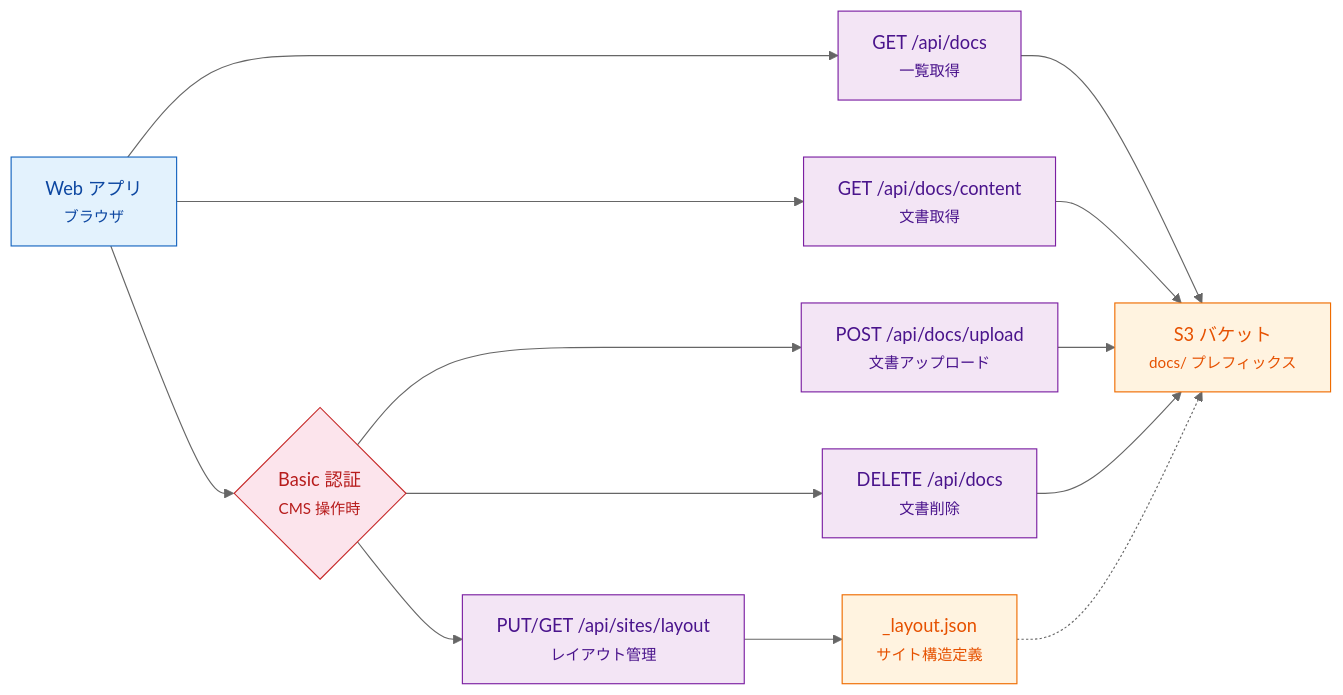
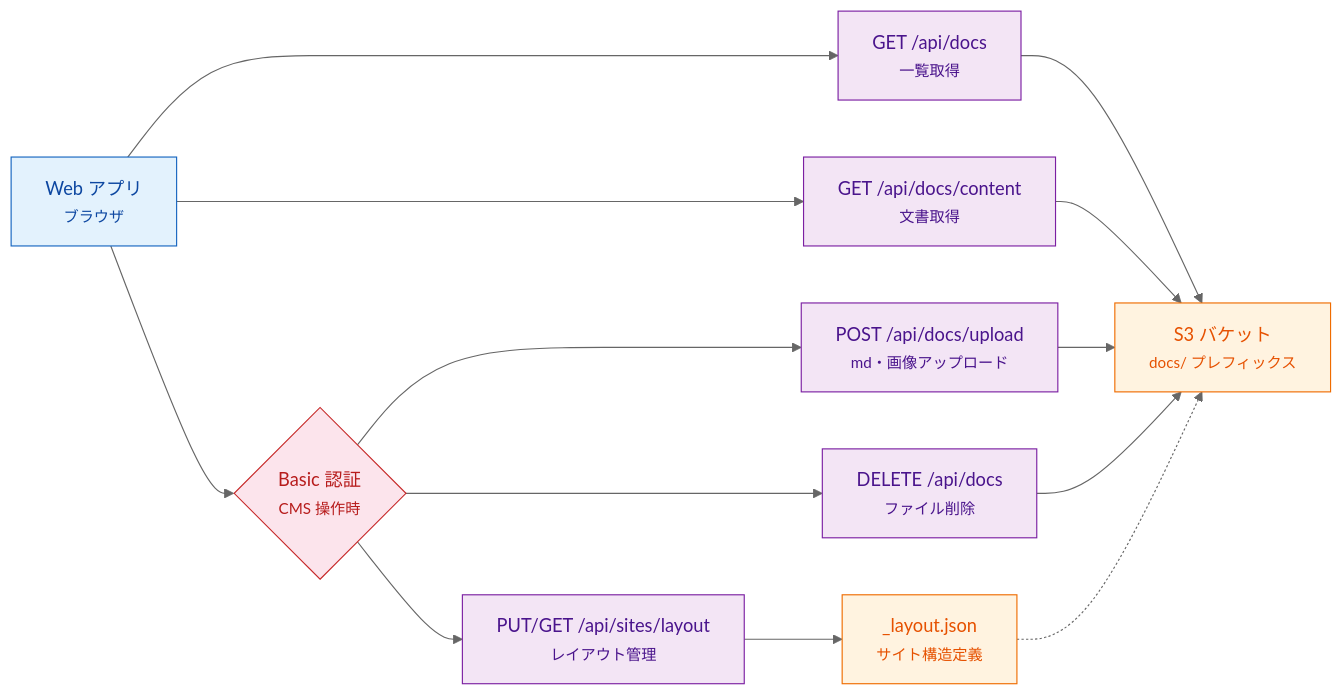
Before and after one commit to anytime-trial/anytime-markdown-docs: the third of 4 diagrams in spec/infrastructure.md, drawn with Mermaid (neutral theme). The commit also changed other lines of this file and 2 other files, not shown here.

````diff
--- a/spec/infrastructure.md
+++ b/spec/infrastructure.md
@@ -116,38 +127,38 @@
 ```mermaid
 flowchart LR
     %% スタイル定義
     classDef client fill:#e3f2fd,stroke:#1565c0,color:#0d47a1
     classDef api fill:#f3e5f5,stroke:#7b1fa2,color:#4a148c
     classDef storage fill:#fff3e0,stroke:#ef6c00,color:#e65100
     classDef auth fill:#fce4ec,stroke:#c62828,color:#b71c1c
 
     %% ノード定義
     WebApp["Web アプリ<br/><small>ブラウザ</small>"]
     BasicAuth{"Basic 認証<br/><small>CMS 操作時</small>"}
 
     ListAPI["GET /api/docs<br/><small>一覧取得</small>"]
     ReadAPI["GET /api/docs/content<br/><small>文書取得</small>"]
-    UploadAPI["POST /api/docs/upload<br/><small>文書アップロード</small>"]
-    DeleteAPI["DELETE /api/docs<br/><small>文書削除</small>"]
+    UploadAPI["POST /api/docs/upload<br/><small>md・画像アップロード</small>"]
+    DeleteAPI["DELETE /api/docs<br/><small>ファイル削除</small>"]
     LayoutAPI["PUT/GET /api/sites/layout<br/><small>レイアウト管理</small>"]
 
     Bucket["S3 バケット<br/><small>docs/ プレフィックス</small>"]
     LayoutJSON["_layout.json<br/><small>サイト構造定義</small>"]
 
     %% 接続定義
     WebApp --> ListAPI & ReadAPI
     WebApp --> BasicAuth
     BasicAuth --> UploadAPI & DeleteAPI & LayoutAPI
 
     ListAPI & ReadAPI --> Bucket
     UploadAPI & DeleteAPI --> Bucket
     LayoutAPI --> LayoutJSON
 
     LayoutJSON -.-> Bucket
 
     %% スタイル適用
     class WebApp client
     class ListAPI,ReadAPI,UploadAPI,DeleteAPI,LayoutAPI api
     class Bucket,LayoutJSON storage
     class BasicAuth auth
 ```
````
